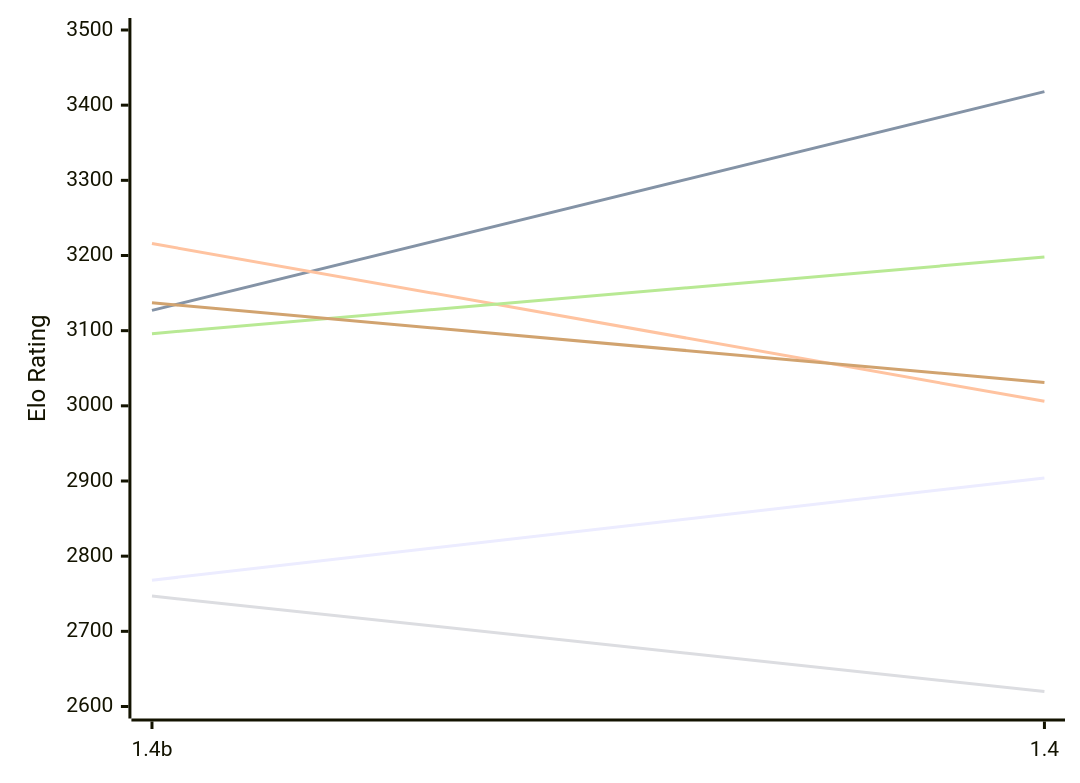
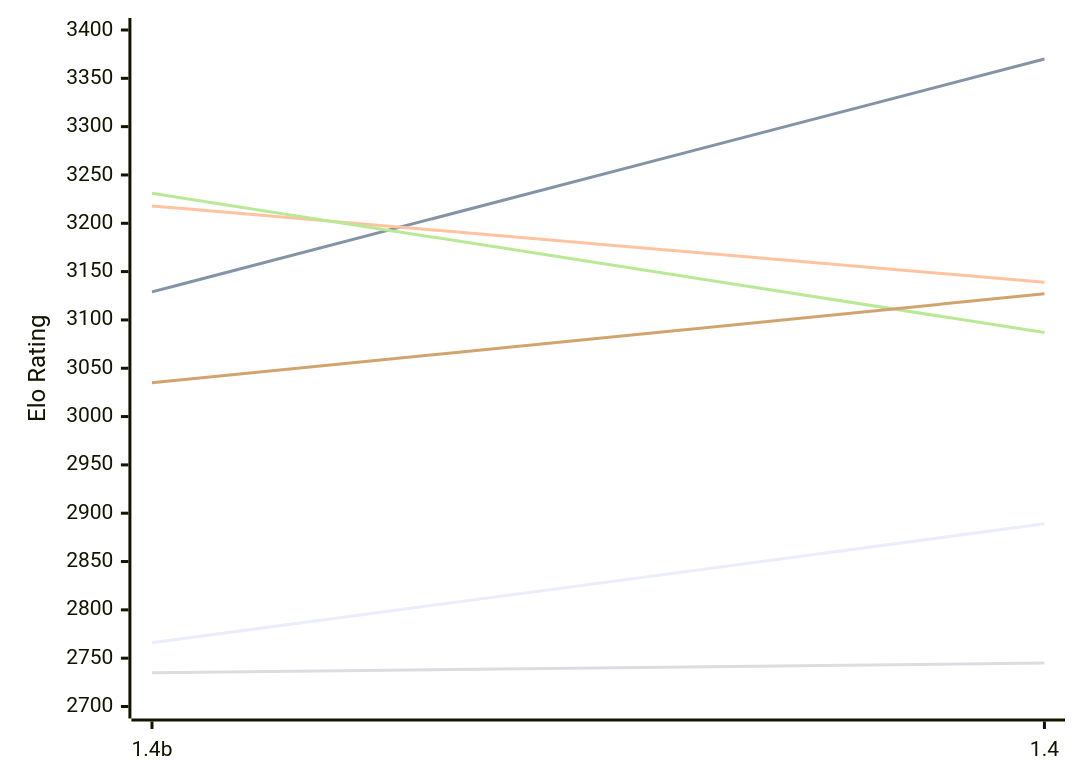
One commit to computer-chess-index/cci changed the first of 2 diagrams in engines/Chessnix.md. Above: the diagram before and after it, drawn with Mermaid. The commit also changed other lines of this file, not shown here.

Commit message:
Update CCI Ratings (ELO VLTC) - 2026-11-15

````diff
--- a/engines/Chessnix.md
+++ b/engines/Chessnix.md
@@ -52,12 +52,12 @@
 ```mermaid
 %%{init: {"theme":"base","themeVariables":{"seriesColors:['#a3a3a3','#222221','#faa371']}}}%%
 xychart-beta
   x-axis ["1.4b", "1.4"]
-  y-axis "Elo Rating" 2600 --> 3500
-  line "E1: STC (8.0+0.08s)" [2768, 2904]
-  line "E1: LTC (60.0+0.60s)" [3127, 3418]
-  line "E1: VLTC (2m24s+1.12s)" [3216, 3006]
-  line "P1: STC (8.0+0.08s)" [2747, 2620]
-  line "P1: LTC (60.0+0.60s)" [3096, 3198]
-  line "P1: VLTC (2m24s+1.12s)" [3137, 3031]
+  y-axis "Elo Rating" 2700 --> 3400
+  line "E1: STC (8.0+0.08s)" [2766, 2889]
+  line "E1: LTC (60.0+0.60s)" [3129, 3370]
+  line "E1: VLTC (2m24s+1.12s)" [3218, 3139]
+  line "P1: STC (8.0+0.08s)" [2735, 2745]
+  line "P1: LTC (60.0+0.60s)" [3231, 3087]
+  line "P1: VLTC (2m24s+1.12s)" [3035, 3127]
 ```
````
